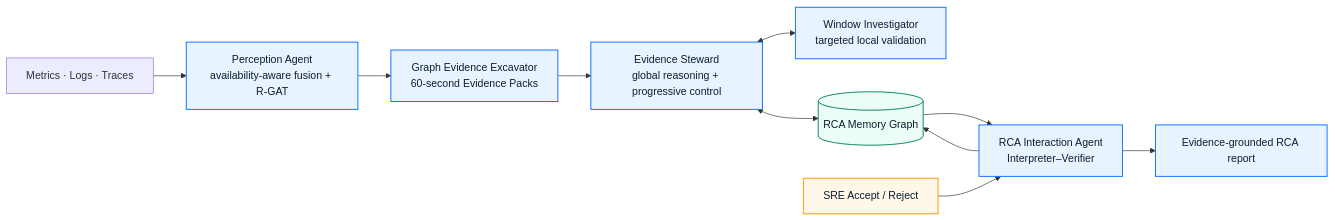
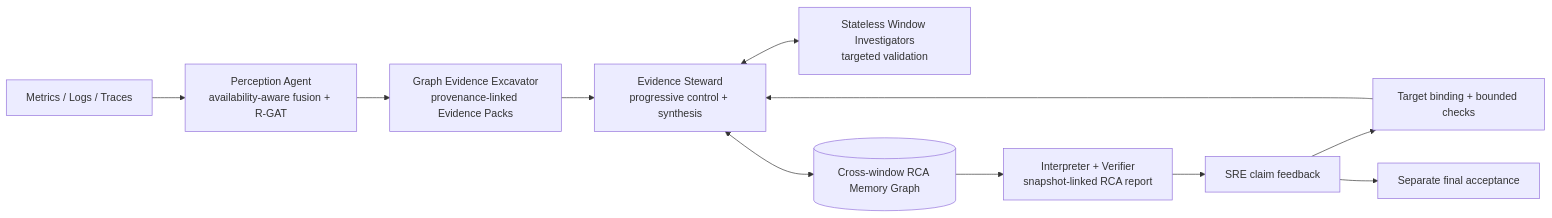
One commit to YijenChan/Root_Teller_RCA changed the diagram in README.md. Above: the diagram before and after it, drawn with Mermaid. The commit also changed other lines of this file and 80 other files, not shown here.

````diff
--- a/README.md
+++ b/README.md
@@ -25,19 +72,13 @@
 ```mermaid
 flowchart LR
-    T["Metrics · Logs · Traces"] --> P["Perception Agent<br/>availability-aware fusion + R-GAT"]
-    P --> X["Graph Evidence Excavator<br/>60-second Evidence Packs"]
-    X --> S["Evidence Steward<br/>global reasoning + progressive control"]
-    S <--> W["Window Investigator<br/>targeted local validation"]
-    S <--> R[("RCA Memory Graph")]
-    R --> I["RCA Interaction Agent<br/>Interpreter–Verifier"]
-    I --> O["Evidence-grounded RCA report"]
-    H["SRE Accept / Reject"] --> I
-    I --> R
-
-    classDef core fill:#E8F3FF,stroke:#1677FF,color:#0B1F33,stroke-width:1.5px;
-    classDef memory fill:#ECFDF5,stroke:#0F8A6A,color:#0B1F33,stroke-width:1.5px;
-    classDef human fill:#FFF7E8,stroke:#F59E0B,color:#0B1F33,stroke-width:1.5px;
-    class P,X,S,W,I,O core;
-    class R memory;
-    class H human;
+    T["Metrics / Logs / Traces"] --> P["Perception Agent<br/>availability-aware fusion + R-GAT"]
+    P --> E["Graph Evidence Excavator<br/>provenance-linked Evidence Packs"]
+    E --> S["Evidence Steward<br/>progressive control + synthesis"]
+    S <--> W["Stateless Window Investigators<br/>targeted validation"]
+    S <--> M[("Cross-window RCA Memory Graph")]
+    M --> R["Interpreter + Verifier<br/>snapshot-linked RCA report"]
+    R --> H["SRE claim feedback"]
+    H --> C["Target binding + bounded checks"]
+    C --> S
+    H --> A["Separate final acceptance"]
 ```
````
